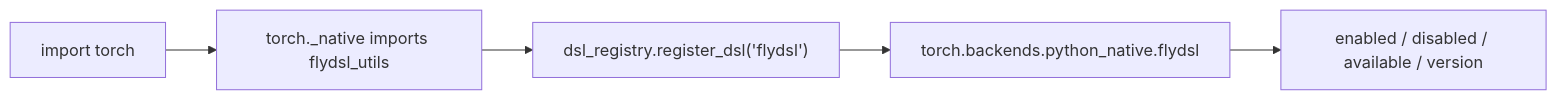
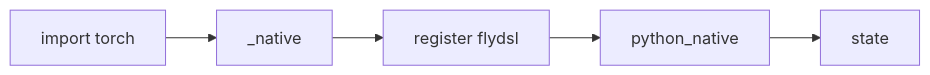
One commit to XiaobingSuper/FlyDSL changed the second of 5 diagrams in docs/pytorch_integration_rfc.md. Above: the diagram before and after it, drawn with Mermaid. The commit also changed other lines of this file and 1 other file, not shown here.

First line of the commit message:
[Docs] Add PyTorch source links

````diff
--- a/docs/pytorch_integration_rfc.md
+++ b/docs/pytorch_integration_rfc.md
@@ -138,7 +138,7 @@
 ```mermaid
 flowchart LR
-    A["import torch"] --> B["torch._native imports flydsl_utils"]
-    B --> C["dsl_registry.register_dsl('flydsl')"]
-    C --> D["torch.backends.python_native.flydsl"]
-    D --> E["enabled / disabled / available / version"]
+    A["import torch"] --> B["_native"]
+    B --> C["register flydsl"]
+    C --> D["python_native"]
+    D --> E["state"]
 ```
````
